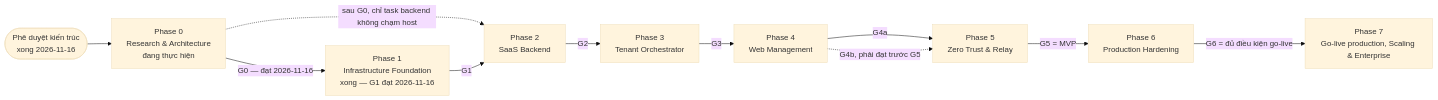
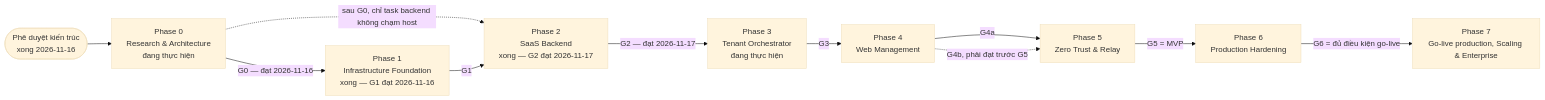
The diagram in ROADMAP.md (zhaduchanhzz/network-access-mesh), drawn with Mermaid (base theme) before and after one commit. The commit also changed other lines of this file and 4 other files, not shown here.

Commit message:
G2 đạt — chủ dự án ký "G2 go" (2026-11-17 14:31 UTC): G2.md, ROADMAP (Phase 2 xong, Phase 3 bắt đầu, demo đã gỡ), current.md, master §20 P2-T16 đã thực hiện [skip ci]

````diff
--- a/ROADMAP.md
+++ b/ROADMAP.md
@@ -38,13 +39,13 @@
 ```mermaid
 flowchart LR
   A([Phê duyệt kiến trúc<br/>xong 2026-11-16]) --> P0[Phase 0<br/>Research & Architecture<br/>đang thực hiện]
   P0 -->|G0 — đạt 2026-11-16| P1[Phase 1<br/>Infrastructure Foundation<br/>xong — G1 đạt 2026-11-16]
   P0 -. sau G0, chỉ task backend không chạm host .-> P2
-  P1 -->|G1| P2[Phase 2<br/>SaaS Backend]
-  P2 -->|G2| P3[Phase 3<br/>Tenant Orchestrator]
+  P1 -->|G1| P2[Phase 2<br/>SaaS Backend<br/>xong — G2 đạt 2026-11-17]
+  P2 -->|G2 — đạt 2026-11-17| P3[Phase 3<br/>Tenant Orchestrator<br/>đang thực hiện]
   P3 -->|G3| P4[Phase 4<br/>Web Management]
   P4 -->|G4a| P5[Phase 5<br/>Zero Trust & Relay]
   P4 -. G4b, phải đạt trước G5 .-> P5
   P5 -->|G5 = MVP| P6[Phase 6<br/>Production Hardening]
   P6 -->|G6 = đủ điều kiện go-live| P7[Phase 7<br/>Go-live production, Scaling & Enterprise]
 ```
````
